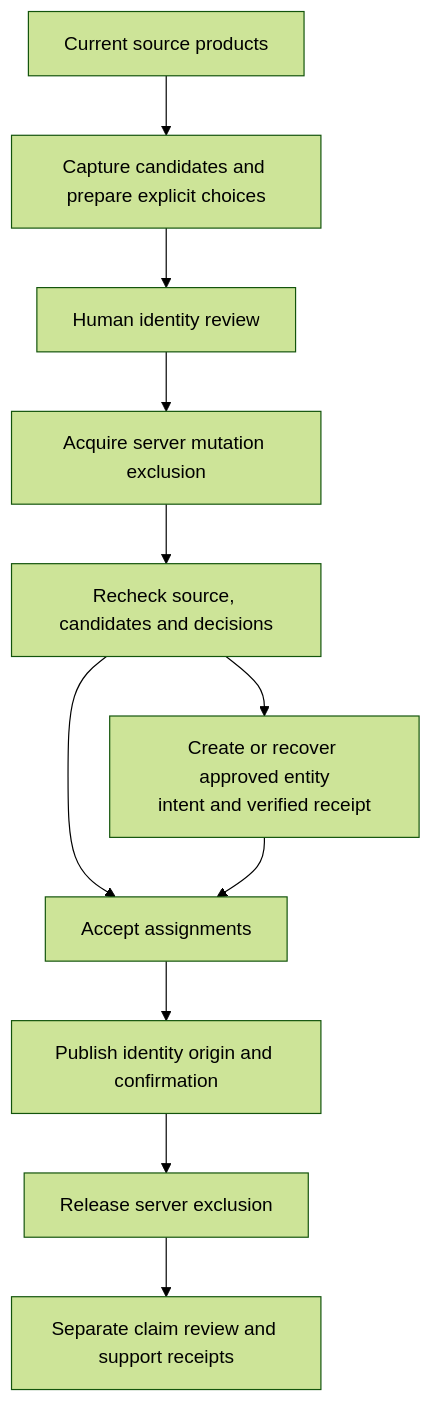
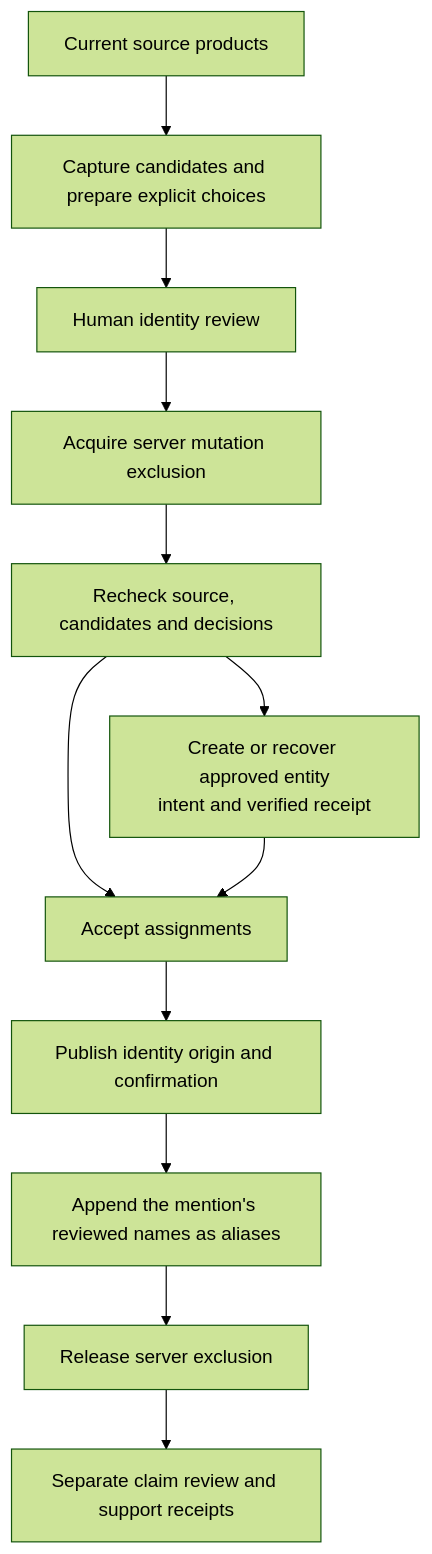
One commit to WillHirsch/yizkr changed the third of 6 diagrams in docs/IDENTITY_REVIEW.md. Above: the diagram before and after it, drawn with Mermaid (forest theme). The commit also changed other lines of this file and 12 other files, not shown here.

First line of the commit message:
Add an accepted mention's name variants to its entity's aliases (#975)

````diff
--- a/docs/IDENTITY_REVIEW.md
+++ b/docs/IDENTITY_REVIEW.md
@@ -157,13 +157,14 @@
 ```mermaid
 flowchart TD
     sources["Current source products"] --> prepare["Capture candidates and prepare explicit choices"]
     prepare --> review["Human identity review"]
     review --> guard["Acquire server mutation exclusion"]
     guard --> refresh["Recheck source, candidates and decisions"]
     refresh --> create["Create or recover approved entity<br/>intent and verified receipt"]
     refresh --> accept["Accept assignments"]
     create --> accept
     accept --> origin["Publish identity origin and confirmation"]
-    origin --> release["Release server exclusion"]
+    origin --> aliases["Append the mention's reviewed names as aliases"]
+    aliases --> release["Release server exclusion"]
     release --> claims["Separate claim review and support receipts"]
 ```
````
